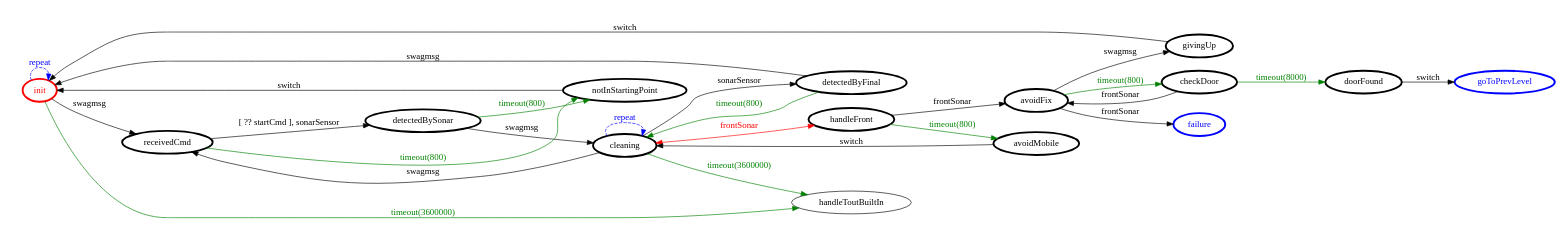
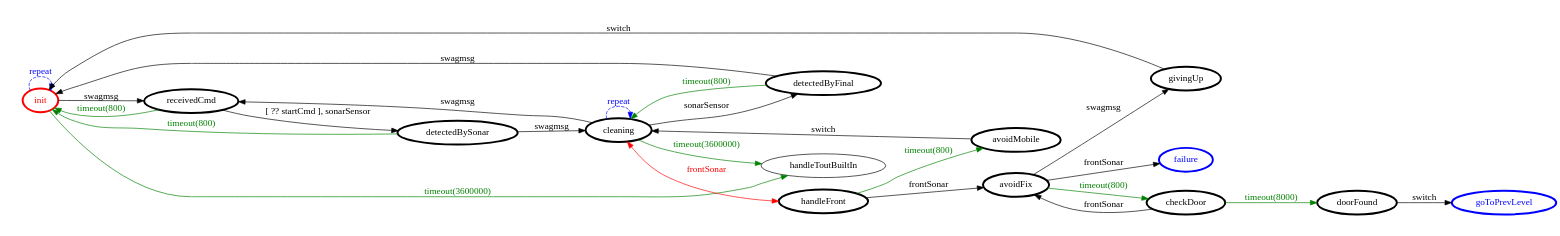
The diagram in it.unibo.finalTask2018/srcMore/it/unibo/swag2pa/swag2pa.gv (FFrabetti/ProgettoISS_relazione), drawn with Graphviz before and after one commit. The commit also changed 5 other files, not shown here.

```diff
--- a/it.unibo.finalTask2018/srcMore/it/unibo/swag2pa/swag2pa.gv
+++ b/it.unibo.finalTask2018/srcMore/it/unibo/swag2pa/swag2pa.gv
@@ -1,52 +1,50 @@
 /*
 *
 * A GraphViz DOT FSM description 
 * Please use a GraphViz visualizer (like http://www.webgraphviz.com)
 *  
 */
 
 digraph finite_state_machine {
 	rankdir=LR
 	size="8,5"
 	
 	init [ color = red ][ fontcolor = red ][ penwidth = 3 ]
 	cleaning [ color = black ][ fontcolor = black ][ penwidth = 3 ]
 	avoidFix [ color = black ][ fontcolor = black ][ penwidth = 3 ]
-	notInStartingPoint [ color = black ][ fontcolor = black ][ penwidth = 3 ]
 	handleFront [ color = black ][ fontcolor = black ][ penwidth = 3 ]
 	detectedByFinal [ color = black ][ fontcolor = black ][ penwidth = 3 ]
 	givingUp [ color = black ][ fontcolor = black ][ penwidth = 3 ]
 	checkDoor [ color = black ][ fontcolor = black ][ penwidth = 3 ]
 	doorFound [ color = black ][ fontcolor = black ][ penwidth = 3 ]
 	detectedBySonar [ color = black ][ fontcolor = black ][ penwidth = 3 ]
 	receivedCmd [ color = black ][ fontcolor = black ][ penwidth = 3 ]
 	avoidMobile [ color = black ][ fontcolor = black ][ penwidth = 3 ]
 	failure [ color = blue ][ fontcolor = blue ][ penwidth = 3 ]
 	goToPrevLevel [ color = blue ][ fontcolor = blue ][ penwidth = 3 ]
 	
 	init -> handleToutBuiltIn [ label = "timeout(3600000)" ][ color = green ][ fontcolor = green ]
+	detectedByFinal -> init [ label = "swagmsg" ][ color = black ][ fontcolor = black ]
 	cleaning -> handleToutBuiltIn [ label = "timeout(3600000)" ][ color = green ][ fontcolor = green ]
-	notInStartingPoint -> init [ label = "switch" ][ color = black ][ fontcolor = black ]
+	handleFront -> avoidFix [ label = "frontSonar" ][ color = black ][ fontcolor = black ]
 	checkDoor -> avoidFix [ label = "frontSonar" ][ color = black ][ fontcolor = black ]
+	receivedCmd -> detectedBySonar [ label = "[ ?? startCmd ], sonarSensor" ][ color = black ][ fontcolor = black ]
 	avoidFix -> failure [ label = "frontSonar" ][ color = black ][ fontcolor = black ]
+	detectedBySonar -> init [ label = "timeout(800)" ][ color = green ][ fontcolor = green ]
 	avoidMobile -> cleaning [ label = "switch" ][ color = black ][ fontcolor = black ]
 	avoidFix -> checkDoor [ label = "timeout(800)" ][ color = green ][ fontcolor = green ]
+	cleaning -> handleFront [ label = "frontSonar" ][ color = red ][ fontcolor = red ][ dir = both ]
+	init -> receivedCmd [ label = "swagmsg" ][ color = black ][ fontcolor = black ]
 	cleaning -> receivedCmd [ label = "swagmsg" ][ color = black ][ fontcolor = black ]
 	detectedBySonar -> cleaning [ label = "swagmsg" ][ color = black ][ fontcolor = black ]
-	doorFound -> goToPrevLevel [ label = "switch" ][ color = black ][ fontcolor = black ]
-	cleaning -> detectedByFinal [ label = "sonarSensor" ][ color = black ][ fontcolor = black ]
-	avoidFix -> givingUp [ label = "swagmsg" ][ color = black ][ fontcolor = black ]
-	handleFront -> avoidMobile [ label = "timeout(800)" ][ color = green ][ fontcolor = green ]
-	detectedByFinal -> init [ label = "swagmsg" ][ color = black ][ fontcolor = black ]
-	handleFront -> avoidFix [ label = "frontSonar" ][ color = black ][ fontcolor = black ]
-	receivedCmd -> detectedBySonar [ label = "[ ?? startCmd ], sonarSensor" ][ color = black ][ fontcolor = black ]
-	cleaning -> handleFront [ label = "frontSonar" ][ color = red ][ fontcolor = red ][ dir = both ]
-	init -> receivedCmd [ label = "swagmsg" ][ color = black ][ fontcolor = black ]
-	detectedBySonar -> notInStartingPoint [ label = "timeout(800)" ][ color = green ][ fontcolor = green ]
 	init -> init [ label = "repeat "][ style = dashed ][ color = blue ][ fontcolor = blue ]
 	givingUp -> init [ label = "switch" ][ color = black ][ fontcolor = black ]
 	checkDoor -> doorFound [ label = "timeout(8000)" ][ color = green ][ fontcolor = green ]
+	receivedCmd -> init [ label = "timeout(800)" ][ color = green ][ fontcolor = green ]
 	detectedByFinal -> cleaning [ label = "timeout(800)" ][ color = green ][ fontcolor = green ]
+	doorFound -> goToPrevLevel [ label = "switch" ][ color = black ][ fontcolor = black ]
+	cleaning -> detectedByFinal [ label = "sonarSensor" ][ color = black ][ fontcolor = black ]
 	cleaning -> cleaning [ label = "repeat "][ style = dashed ][ color = blue ][ fontcolor = blue ]
-	receivedCmd -> notInStartingPoint [ label = "timeout(800)" ][ color = green ][ fontcolor = green ]
+	avoidFix -> givingUp [ label = "swagmsg" ][ color = black ][ fontcolor = black ]
+	handleFront -> avoidMobile [ label = "timeout(800)" ][ color = green ][ fontcolor = green ]
 }
```
